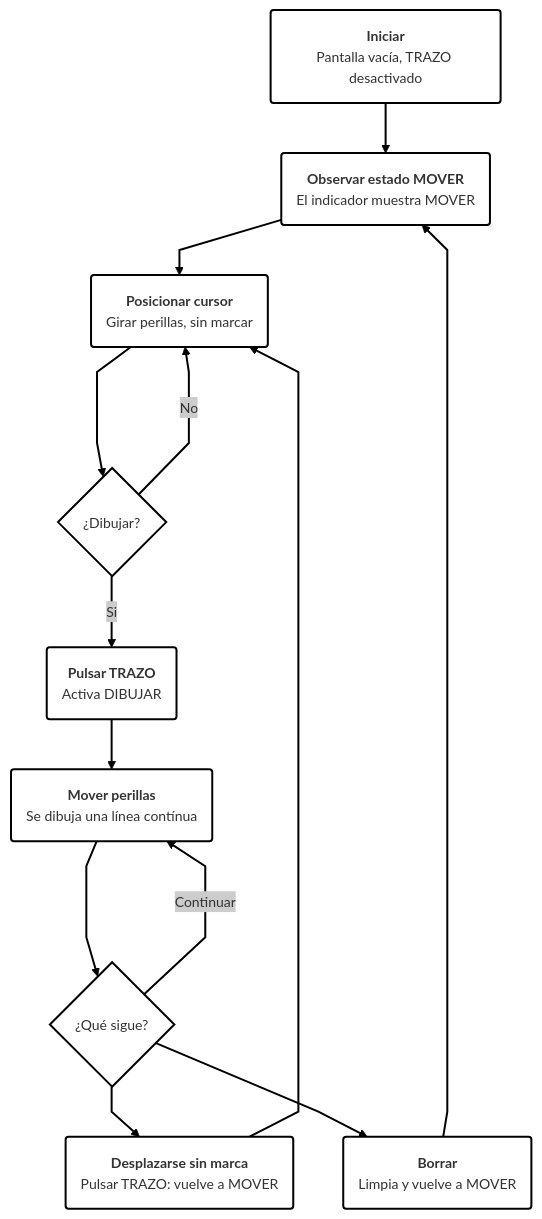
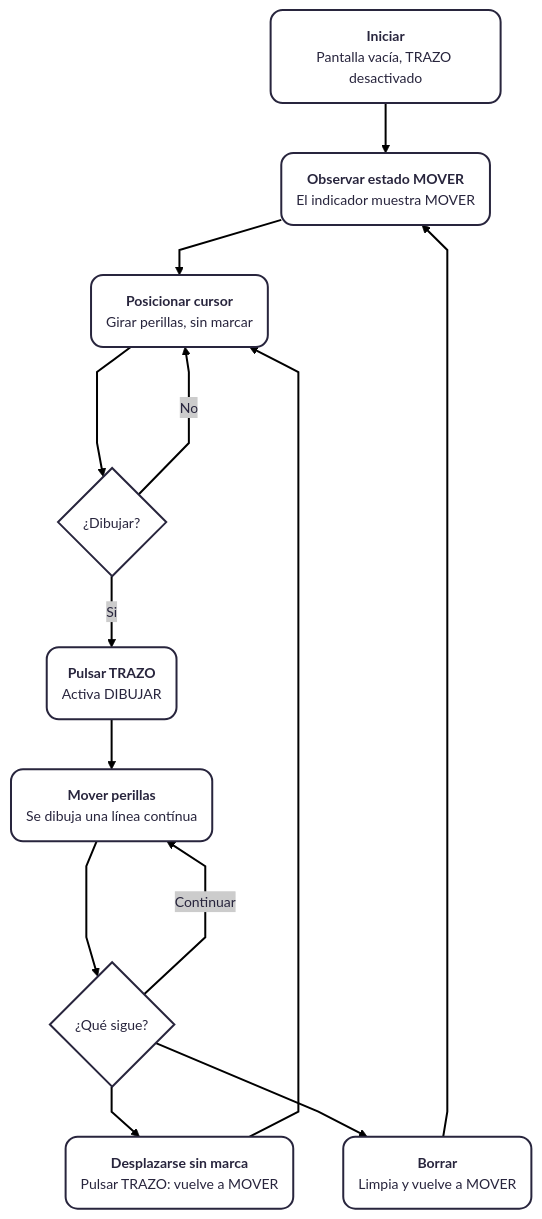
Before and after one commit to Anaisbmg/dis8645-2026-2-procesos-2: the second of 3 diagrams in 22-sz-mada/sesion-11a/README.md, drawn with Mermaid. The commit also changed other lines of this file, not shown here.

````diff
--- a/22-sz-mada/sesion-11a/README.md
+++ b/22-sz-mada/sesion-11a/README.md
@@ -37,21 +37,19 @@
 ```mermaid
-%%{ init : { "theme" : "neo", "flowchart" : { "curve" : "linear" }}}%%
+%%{ init : { "theme" : "redux-color", "flowchart" : { "curve" : "linear" }}}%%
 %%                                ^^^^^^^^^^^^^^^^^^^^^^^^^^^^^^^^^^^^
 
 flowchart TD
 
 %%==============================================================================
 
 A(<b>Iniciar</b>\nPantalla vacía, TRAZO desactivado)-->B(<b>Observar estado MOVER</b>\nEl indicador muestra MOVER);
 B-->C(<b>Posicionar cursor</b>\nGirar perillas, sin marcar);
 C-->D{¿Dibujar?};
 D-->|Si|E(<b>Pulsar TRAZO</b>\n Activa DIBUJAR);
 E-->F(<b>Mover perillas</b>\nSe dibuja una línea contínua);
 F-->G{¿Qué sigue?};
-G-->H(<b>Desplazarse sin marca</b>\nPulsar TRAZO: vuelve a MOVER);
+G-->H(<b>Desplazarse sin marca</b>\nPulsar TRAZO: vuelve a MOVER)-->C;
 D--->|No|C;
-H-->C;
 G--->|Continuar|F;
-G-->I(<b>Borrar</b>\nLimpia y vuelve a MOVER);
-I-->B;
+G-->I(<b>Borrar</b>\nLimpia y vuelve a MOVER)-->B;
 ```
````
